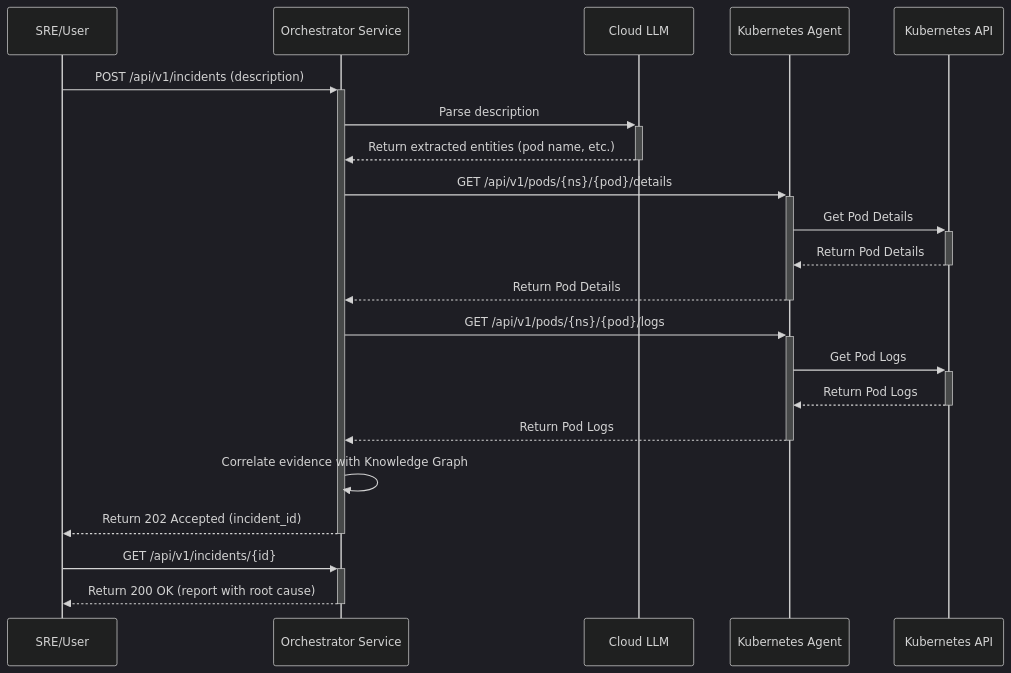
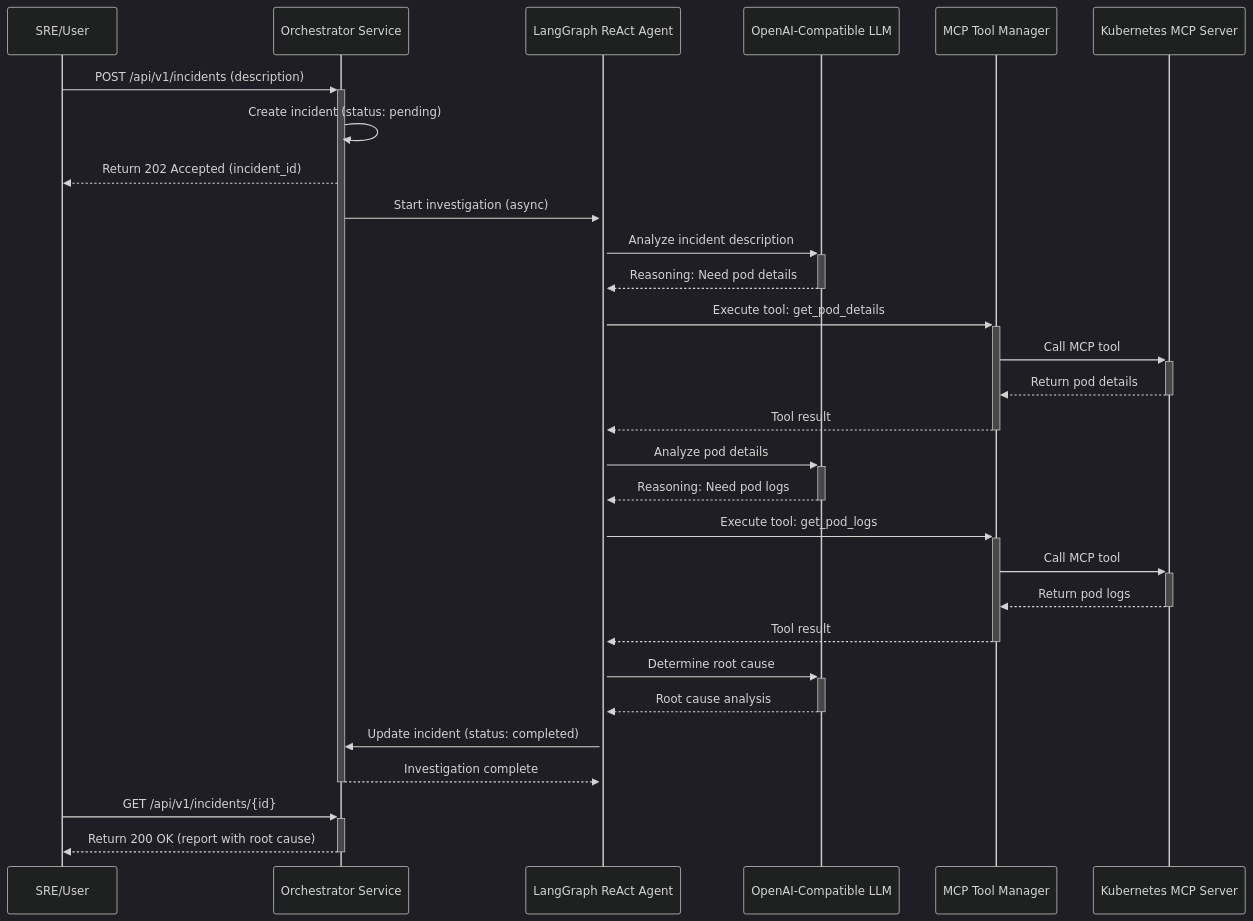
One commit to SRE-Spaghetti/SRE-Orchestrator changed the fourth of 4 diagrams in docs/architecture.md. Above: the diagram before and after it, drawn with Mermaid (dark theme). The commit also changed other lines of this file and 4 other files, not shown here.

First line of the commit message:
docs: update documentation for refactored architecture

````diff
--- a/docs/architecture.md
+++ b/docs/architecture.md
@@ -211,27 +286,41 @@
 ```mermaid
 sequenceDiagram
     participant SRE as SRE/User
     participant Orch as Orchestrator Service
-    participant LLM as Cloud LLM
-    participant K8sA as Kubernetes Agent
-    participant K8s as Kubernetes API
+    participant Agent as LangGraph ReAct Agent
+    participant LLM as OpenAI-Compatible LLM
+    participant MCP as MCP Tool Manager
+    participant K8sMCP as Kubernetes MCP Server
 
     SRE->>+Orch: POST /api/v1/incidents (description)
-    Orch->>+LLM: Parse description
-    LLM-->>-Orch: Return extracted entities (pod name, etc.)
-    Orch->>+K8sA: GET /api/v1/pods/{ns}/{pod}/details
-    K8sA->>+K8s: Get Pod Details
-    K8s-->>-K8sA: Return Pod Details
-    K8sA-->>-Orch: Return Pod Details
-    Orch->>+K8sA: GET /api/v1/pods/{ns}/{pod}/logs
-    K8sA->>+K8s: Get Pod Logs
-    K8s-->>-K8sA: Return Pod Logs
-    K8sA-->>-Orch: Return Pod Logs
-    Orch->>Orch: Correlate evidence with Knowledge Graph
-    Orch-->>-SRE: Return 202 Accepted (incident_id)
+    Orch->>Orch: Create incident (status: pending)
+    Orch-->>SRE: Return 202 Accepted (incident_id)
+    Orch->>+Agent: Start investigation (async)
+
+    Agent->>+LLM: Analyze incident description
+    LLM-->>-Agent: Reasoning: Need pod details
+
+    Agent->>+MCP: Execute tool: get_pod_details
+    MCP->>+K8sMCP: Call MCP tool
+    K8sMCP-->>-MCP: Return pod details
+    MCP-->>-Agent: Tool result
+
+    Agent->>+LLM: Analyze pod details
+    LLM-->>-Agent: Reasoning: Need pod logs
+
+    Agent->>+MCP: Execute tool: get_pod_logs
+    MCP->>+K8sMCP: Call MCP tool
+    K8sMCP-->>-MCP: Return pod logs
+    MCP-->>-Agent: Tool result
+
+    Agent->>+LLM: Determine root cause
+    LLM-->>-Agent: Root cause analysis
+
+    Agent->>Orch: Update incident (status: completed)
+    Orch-->>-Agent: Investigation complete
 
     %% Some time later %%
 
     SRE->>+Orch: GET /api/v1/incidents/{id}
     Orch-->>-SRE: Return 200 OK (report with root cause)
 ```
````
